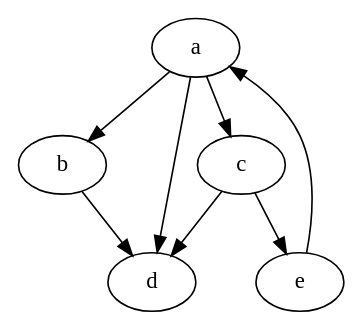
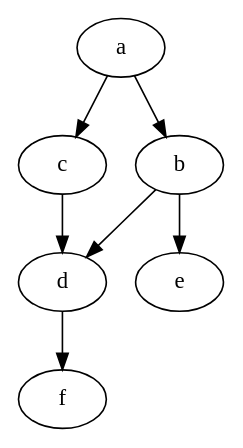
The diagram in src/main/resources/graphfile.dot (EbenTowne/CSE464-EbenTowne), drawn with Graphviz before and after one commit. The commit also changed 2 other files, not shown here.

Commit message:
Changing DOT graph to better test BFS

```diff
--- a/src/main/resources/graphfile.dot
+++ b/src/main/resources/graphfile.dot
@@ -1,14 +1,14 @@
 digraph {
     a;
     b;
     c;
     d;
     e;
+    f;
     a -> b;
     a -> c;
     b -> d;
+    b -> e;
     c -> d;
-    c -> e;
-    e -> a;
-    a -> d;
+    d -> f;
 }
```
